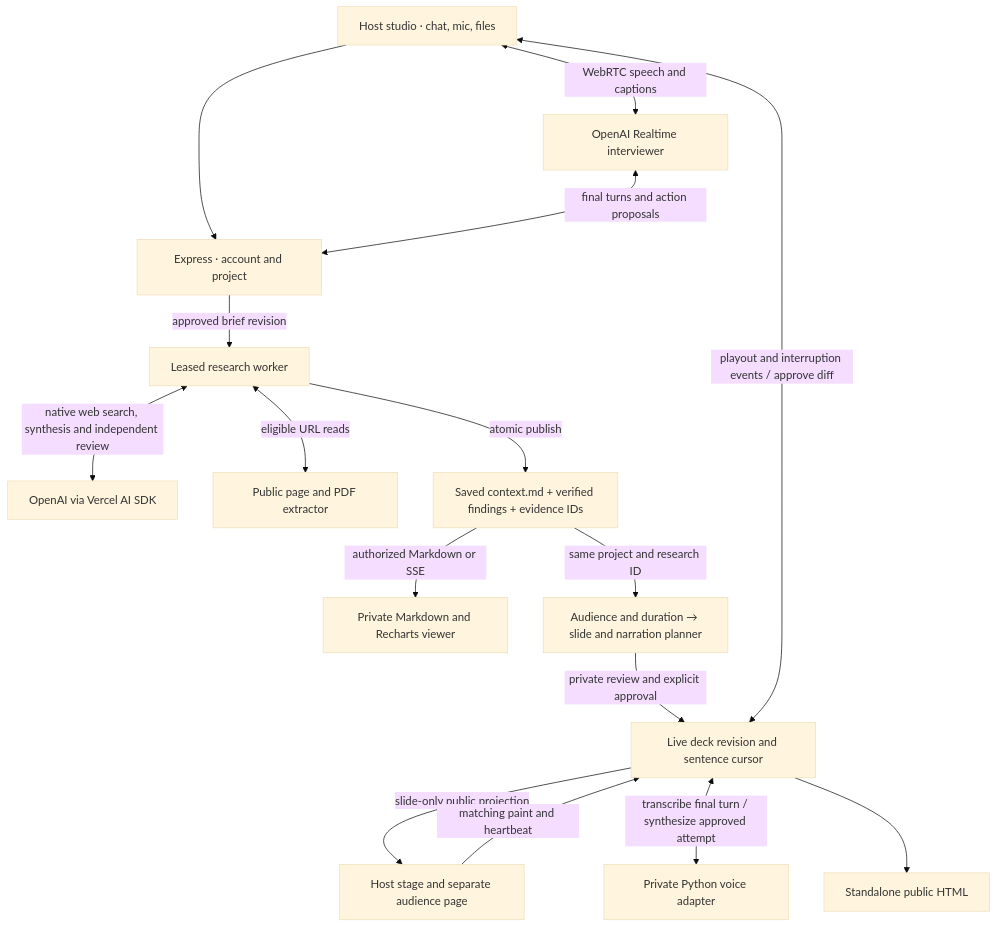
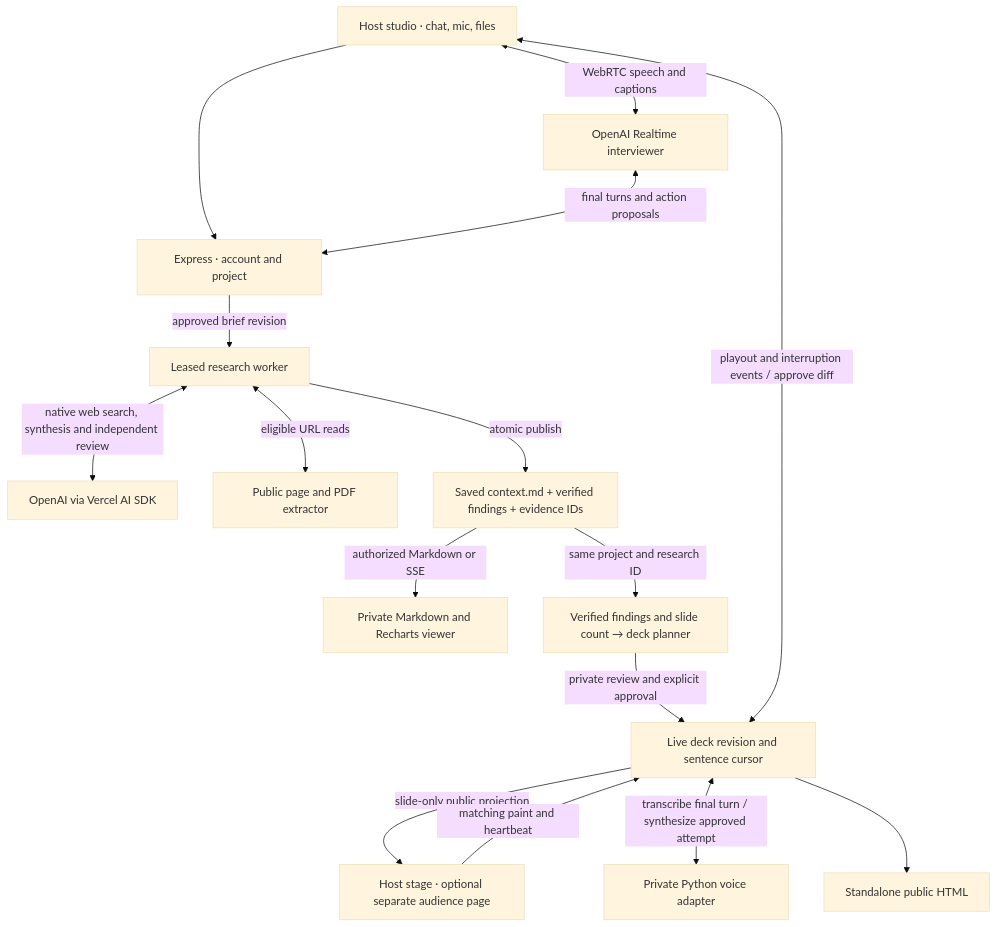
The second of 2 diagrams in docs/architecture.md (JyothiKumar03/copitch), drawn with Mermaid (base theme) before and after one commit. The commit also changed other lines of this file and 5 other files, not shown here.

Commit message:
chore: document slide preparation and live presentation architecture

````diff
--- a/docs/architecture.md
+++ b/docs/architecture.md
@@ -58,18 +58,18 @@
 ```mermaid
 flowchart TD
   Host["Host studio · chat, mic, files"] --> API["Express · account and project"]
   Host <-->|WebRTC speech and captions| Realtime["OpenAI Realtime interviewer"]
   Realtime <-->|final turns and action proposals| API
   API -->|approved brief revision| Worker["Leased research worker"]
   Worker <-->|native web search, synthesis and independent review| ResearchModel["OpenAI via Vercel AI SDK"]
   Worker <-->|eligible URL reads| Sources["Public page and PDF extractor"]
   Worker -->|atomic publish| Bundle["Saved context.md + verified findings + evidence IDs"]
   Bundle -->|authorized Markdown or SSE| Viewer["Private Markdown and Recharts viewer"]
-  Bundle -->|same project and research ID| Plan["Audience and duration → slide and narration planner"]
+  Bundle -->|same project and research ID| Plan["Verified findings and slide count → deck planner"]
   Plan -->|private review and explicit approval| Runtime["Live deck revision and sentence cursor"]
-  Runtime -->|slide-only public projection| Stage["Host stage and separate audience page"]
+  Runtime -->|slide-only public projection| Stage["Host stage · optional separate audience page"]
   Stage -->|matching paint and heartbeat| Runtime
   Runtime <-->|transcribe final turn / synthesize approved attempt| Voice["Private Python voice adapter"]
   Runtime <-->|playout and interruption events / approve diff| Host
   Runtime --> Export["Standalone public HTML"]
 ```
````
